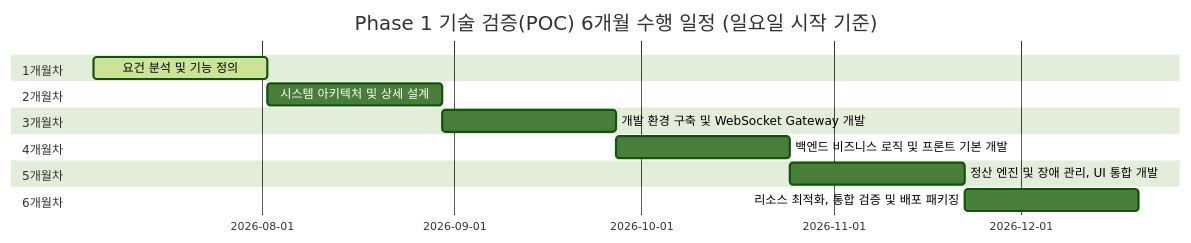
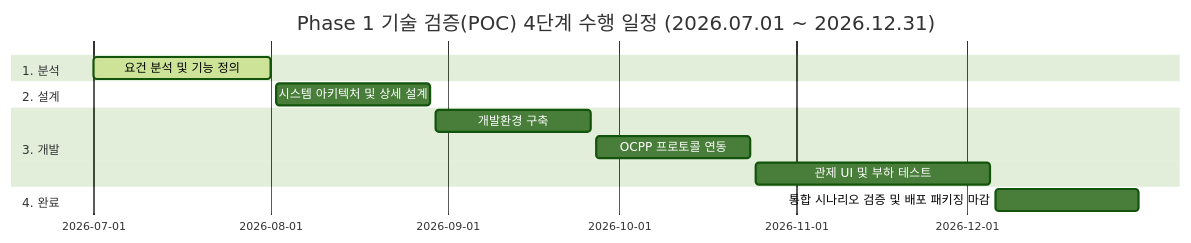
The first of 2 diagrams in doc/01.standard_solution/05.poc.md (h2y-hyhong2/h2y-ocpp), drawn with Mermaid (forest theme) before and after one commit. The commit also changed other lines of this file, not shown here.

````diff
--- a/doc/01.standard_solution/05.poc.md
+++ b/doc/01.standard_solution/05.poc.md
@@ -20,24 +20,20 @@
 ```mermaid
 gantt
-    title Phase 1 기술 검증(POC) 6개월 수행 일정 (일요일 시작 기준)
+    title Phase 1 기술 검증(POC) 4단계 수행 일정 (2026.07.01 ~ 2026.12.31)
     dateFormat  YYYY-MM-DD
     axisFormat  %Y-%m-%d
 
-    section 1개월차
-    요건 분석 및 기능 정의 :active, poc_analysis, 2026-07-05, 28d
+    section 1. 분석
+    요건 분석 및 기능 정의 :active, poc_analysis, 2026-07-01, 2026-08-01
 
-    section 2개월차
-    시스템 아키텍처 및 상세 설계 :poc_design, after poc_analysis, 28d
+    section 2. 설계
+    시스템 아키텍처 및 상세 설계 :poc_design, 2026-08-02, 2026-08-29
 
-    section 3개월차
-    개발 환경 구축 및 WebSocket Gateway 개발 :poc_gw, after poc_design, 28d
+    section 3. 개발
+    개발환경 구축            :poc_dev1, 2026-08-30, 2026-09-26
+    OCPP 프로토콜 연동        :poc_dev2, 2026-09-27, 2026-10-24
+    관제 UI 및 부하 테스트    :poc_dev3, 2026-10-25, 2026-12-05
 
-    section 4개월차
-    백엔드 비즈니스 로직 및 프론트 기본 개발 :poc_biz, after poc_gw, 28d
-
-    section 5개월차
-    정산 엔진 및 장애 관리, UI 통합 개발 :poc_sett, after poc_biz, 28d
-
-    section 6개월차
-    리소스 최적화, 통합 검증 및 배포 패키징 :poc_final, after poc_sett, 28d
+    section 4. 완료
+    통합 시나리오 검증 및 배포 패키징 마감 :poc_final, 2026-12-06, 2026-12-31
 ```
````
